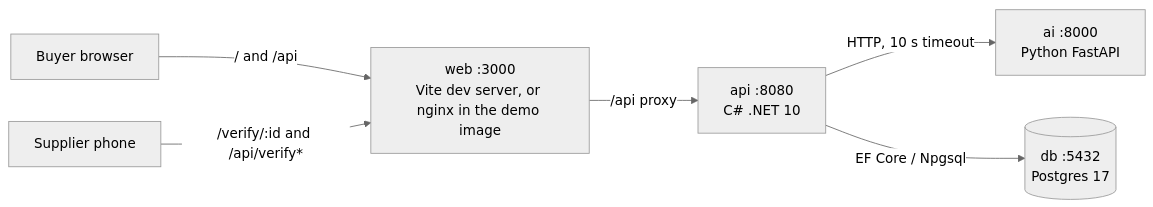
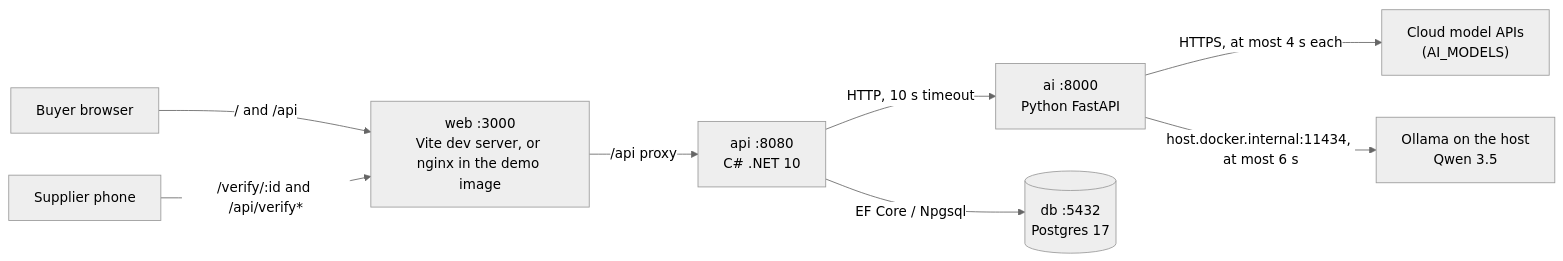
The first of 3 diagrams in docs/ARCHITECTURE.md (tudor-n/tracegreen), drawn with Mermaid (neutral theme) before and after one commit. The commit also changed other lines of this file and 6 other files, not shown here.

````diff
--- a/docs/ARCHITECTURE.md
+++ b/docs/ARCHITECTURE.md
@@ -7,8 +7,10 @@
 ```mermaid
 flowchart LR
   B[Buyer browser] -- "/ and /api" --> W
   P[Supplier phone] -- "/verify/:id and /api/verify*" --> W
   W["web :3000<br/>Vite dev server, or nginx in the demo image"] -- "/api proxy" --> A["api :8080<br/>C# .NET 10"]
   A -- "HTTP, 10 s timeout" --> I["ai :8000<br/>Python FastAPI"]
   A -- "EF Core / Npgsql" --> D[("db :5432<br/>Postgres 17")]
+  I -- "HTTPS, at most 4 s each" --> M["Cloud model APIs<br/>(AI_MODELS)"]
+  I -- "host.docker.internal:11434, at most 6 s" --> O["Ollama on the host<br/>Qwen 3.5"]
 ```
````
